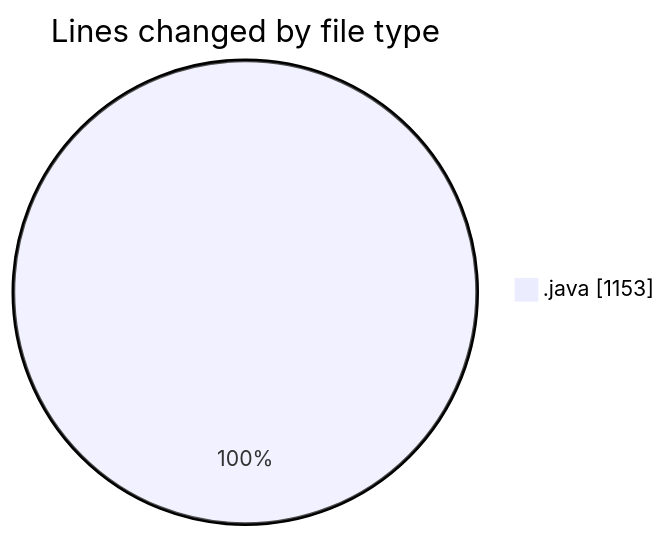
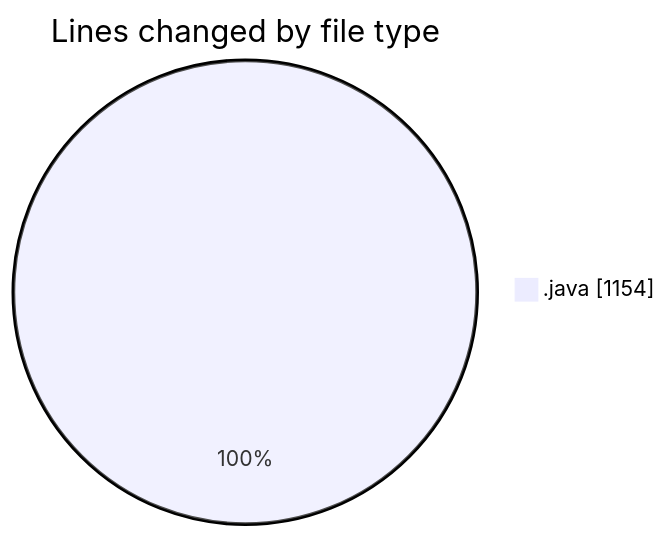
The first of 2 diagrams in 2026-03-31/cilapp/README.md (ricardozamudiocil/code-tracking), drawn with Mermaid before and after one commit. The commit also changed other lines of this file and 1 other file, not shown here.

````diff
--- a/2026-03-31/cilapp/README.md
+++ b/2026-03-31/cilapp/README.md
@@ -20,5 +20,5 @@
 ```mermaid
 pie showData
 title Lines changed by file type
-".java" : 1153
+".java" : 1154
 ```
````
